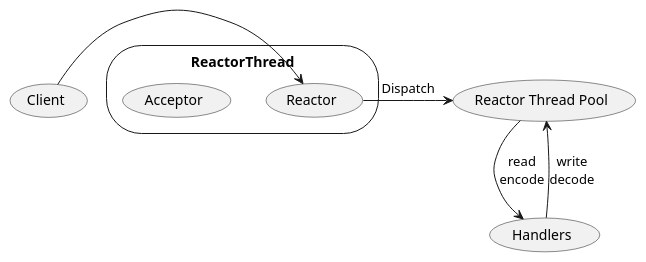
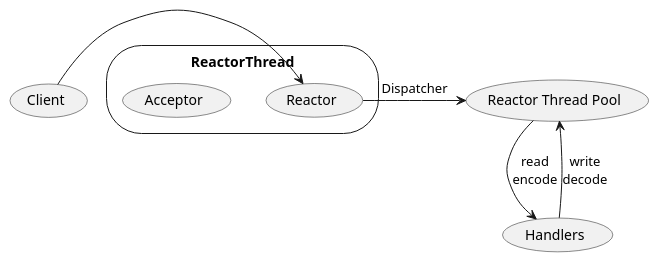
Before and after one commit to mengxianbin/cs-notes: the diagram in Architecture/Netty/Reactor/Netty/Multiple Thread.md, drawn with PlantUML. The commit also changed 2 other files, not shown here.

````diff
--- a/Architecture/Netty/Reactor/Netty/Multiple Thread.md
+++ b/Architecture/Netty/Reactor/Netty/Multiple Thread.md
@@ -1,17 +1,17 @@
 ```puml
 @startuml
 
 storage ReactorThread {
     (Reactor)
     (Acceptor)
 }
 
 (Client) -> Reactor
 
-Reactor -> (Reactor Thread Pool): Dispatch
+Reactor -> (Reactor Thread Pool): Dispatcher
 
 (Reactor Thread Pool) --> (Handlers): read\nencode
 (Handlers) --> (Reactor Thread Pool): write\ndecode
 
 @enduml
 ```
````
